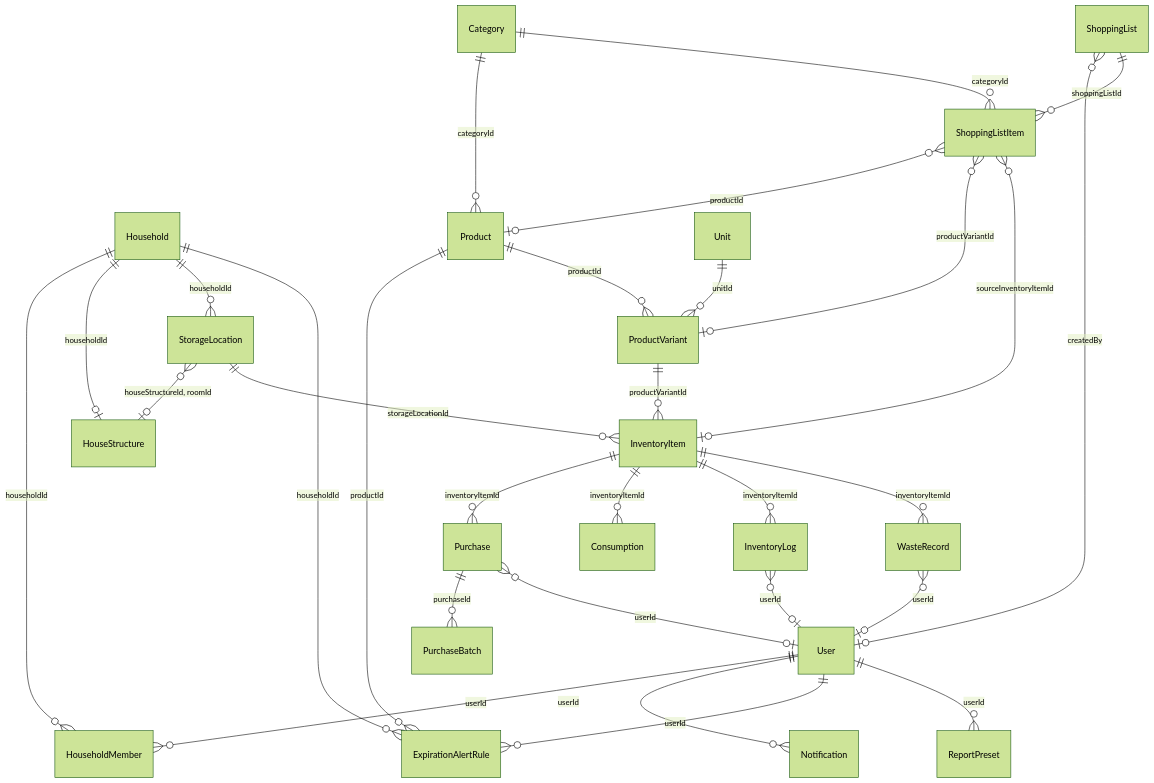
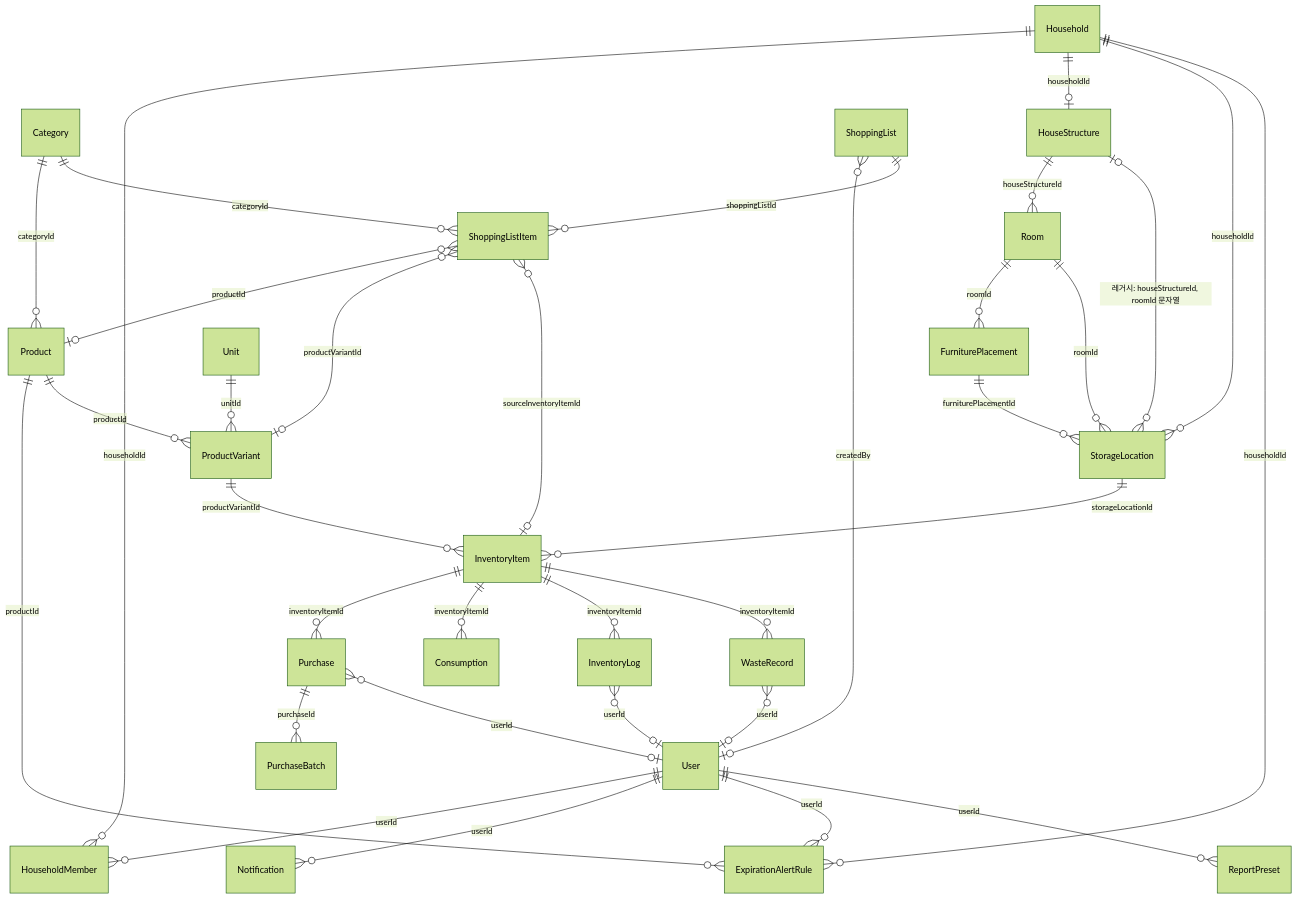
The first of 7 diagrams in docs/entity-logical-design.md (wukdddang/home-inventory-manager), drawn with Mermaid (forest theme) before and after one commit. The commit also changed other lines of this file and 4 other files, not shown here.

````diff
--- a/docs/entity-logical-design.md
+++ b/docs/entity-logical-design.md
@@ -16,41 +16,45 @@
 ```mermaid
 erDiagram
     User ||--o{ HouseholdMember : "userId"
     Household ||--o{ HouseholdMember : "householdId"
 
     Category ||--o{ Product : "categoryId"
 
     Household ||--o| HouseStructure : "householdId"
+    HouseStructure ||--o{ Room : "houseStructureId"
+    Room ||--o{ FurniturePlacement : "roomId"
+    Room ||--o{ StorageLocation : "roomId"
+    FurniturePlacement ||--o{ StorageLocation : "furniturePlacementId"
     Household ||--o{ StorageLocation : "householdId"
-    StorageLocation }o--o| HouseStructure : "houseStructureId, roomId"
+    StorageLocation }o--o| HouseStructure : "레거시: houseStructureId, roomId 문자열"
     Household ||--o{ ExpirationAlertRule : "householdId"
     Product ||--o{ ExpirationAlertRule : "productId"
 
     Product ||--o{ ProductVariant : "productId"
     Unit ||--o{ ProductVariant : "unitId"
 
     ProductVariant ||--o{ InventoryItem : "productVariantId"
     StorageLocation ||--o{ InventoryItem : "storageLocationId"
 
     InventoryItem ||--o{ Purchase : "inventoryItemId"
     Purchase ||--o{ PurchaseBatch : "purchaseId"
     InventoryItem ||--o{ Consumption : "inventoryItemId"
     InventoryItem ||--o{ InventoryLog : "inventoryItemId"
     InventoryItem ||--o{ WasteRecord : "inventoryItemId"
 
     WasteRecord }o--o| User : "userId"
 
     Purchase }o--o| User : "userId"
     InventoryLog }o--o| User : "userId"
 
     ShoppingList }o--o| User : "createdBy"
     ShoppingList ||--o{ ShoppingListItem : "shoppingListId"
     Category ||--o{ ShoppingListItem : "categoryId"
     ShoppingListItem }o--o| Product : "productId"
     ShoppingListItem }o--o| ProductVariant : "productVariantId"
     ShoppingListItem }o--o| InventoryItem : "sourceInventoryItemId"
 
     User ||--o{ Notification : "userId"
     User ||--o{ ExpirationAlertRule : "userId"
     User ||--o{ ReportPreset : "userId"
 ```
````
